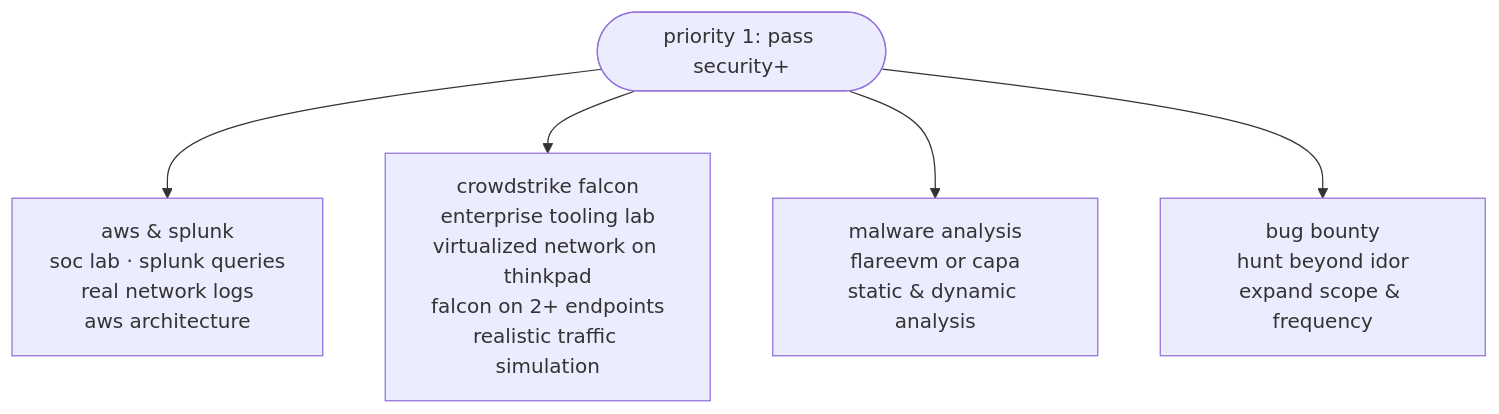
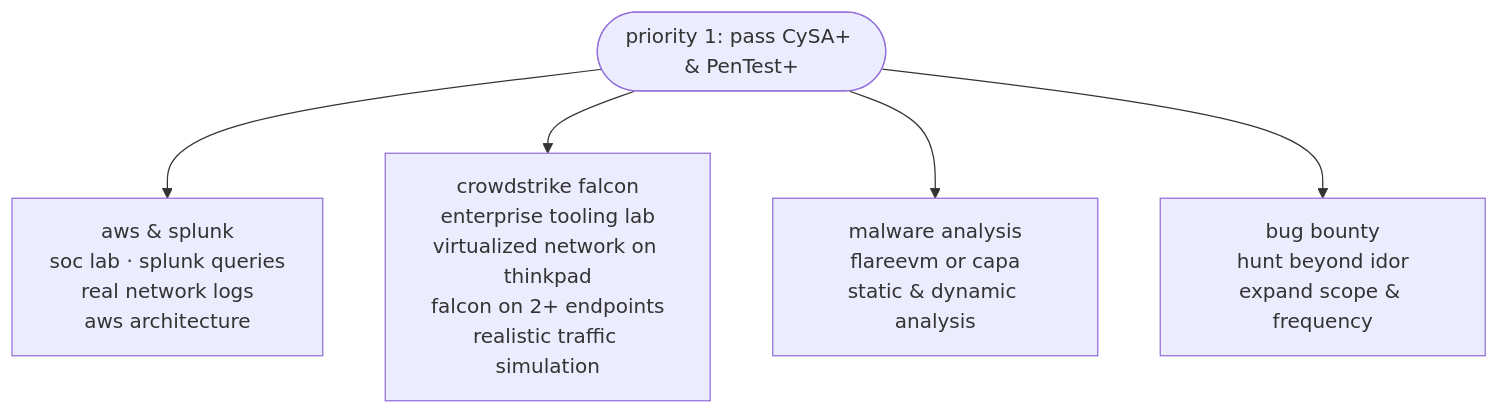
One commit to lui-gi/lui-gi changed the diagram in README.md. Above: the diagram before and after it, drawn with Mermaid.

Commit message:
Update priority description in README.md

````diff
--- a/README.md
+++ b/README.md
@@ -9,9 +9,9 @@
 ```mermaid
 flowchart TD
-    A([priority 1: pass security+])
+    A([priority 1: pass CySA+ & PenTest+])
 
     A --> B[aws & splunk\nsoc lab · splunk queries\nreal network logs\naws architecture]
     A --> C[crowdstrike falcon\nenterprise tooling lab\nvirtualized network on thinkpad\nfalcon on 2+ endpoints\nrealistic traffic simulation]
     A --> D[malware analysis\nflareevm or capa\nstatic & dynamic analysis]
     A --> E[bug bounty\nhunt beyond idor\nexpand scope & frequency]
 ```
````
